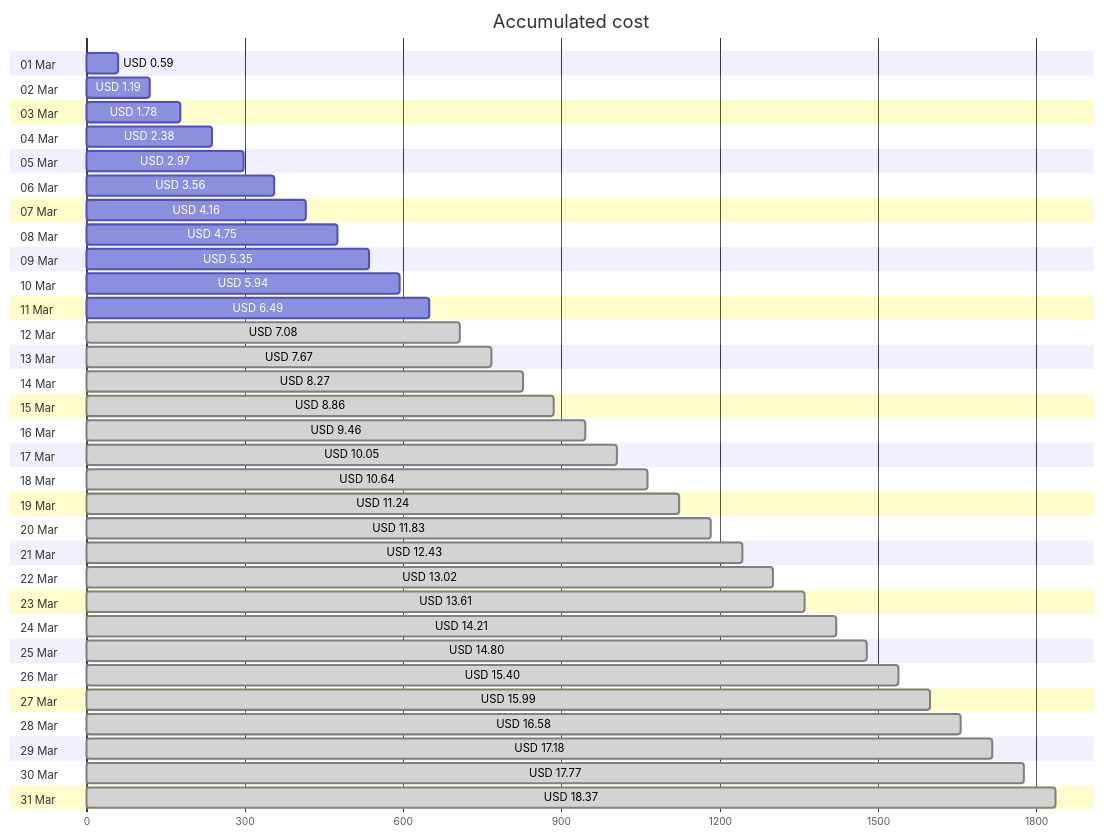
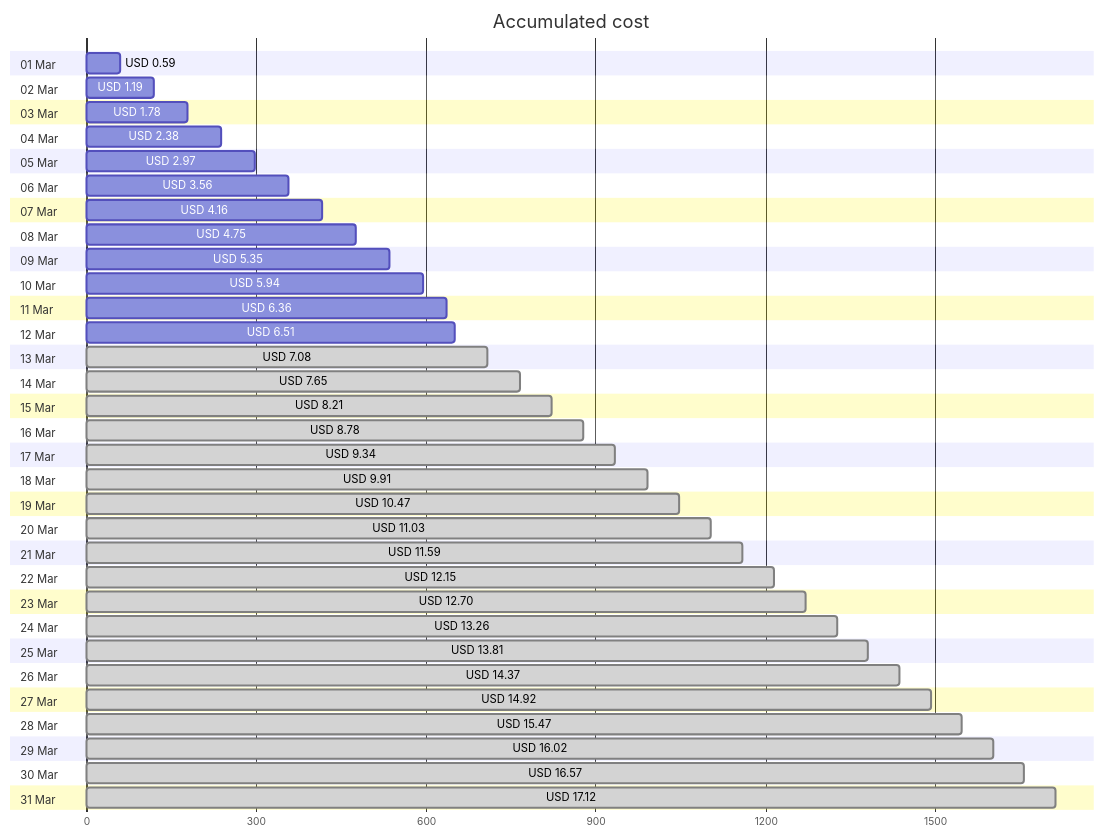
One commit to jpfulton/azure-personal-reports changed the first of 4 diagrams in cost-reports/personal-site/README.md. Above: the diagram before and after it, drawn with Mermaid. The commit also changed other lines of this file and 6 other files, not shown here.

````diff
--- a/cost-reports/personal-site/README.md
+++ b/cost-reports/personal-site/README.md
@@ -20,68 +20,68 @@
 ```mermaid
 gantt
    title Accumulated cost
    dateFormat  X
    axisFormat %s
    section 01 Mar
    USD 0.59 :0, 59
    section 02 Mar
    USD 1.19 :0, 119
    section 03 Mar
    USD 1.78 :0, 178
    section 04 Mar
    USD 2.38 :0, 238
    section 05 Mar
    USD 2.97 :0, 297
    section 06 Mar
    USD 3.56 :0, 356
    section 07 Mar
    USD 4.16 :0, 416
    section 08 Mar
    USD 4.75 :0, 475
    section 09 Mar
    USD 5.35 :0, 535
    section 10 Mar
    USD 5.94 :0, 594
    section 11 Mar
-   USD 6.49 :0, 649
+   USD 6.36 :0, 636
    section 12 Mar
+   USD 6.51 :0, 651
+   section 13 Mar
    USD 7.08 : done, 0, 708
-   section 13 Mar
-   USD 7.67 : done, 0, 767
    section 14 Mar
-   USD 8.27 : done, 0, 827
+   USD 7.65 : done, 0, 765
    section 15 Mar
-   USD 8.86 : done, 0, 886
+   USD 8.21 : done, 0, 821
    section 16 Mar
-   USD 9.46 : done, 0, 946
+   USD 8.78 : done, 0, 878
    section 17 Mar
-   USD 10.05 : done, 0, 1005
+   USD 9.34 : done, 0, 934
    section 18 Mar
-   USD 10.64 : done, 0, 1064
+   USD 9.91 : done, 0, 991
    section 19 Mar
-   USD 11.24 : done, 0, 1124
+   USD 10.47 : done, 0, 1047
    section 20 Mar
-   USD 11.83 : done, 0, 1183
+   USD 11.03 : done, 0, 1103
    section 21 Mar
-   USD 12.43 : done, 0, 1243
+   USD 11.59 : done, 0, 1159
    section 22 Mar
-   USD 13.02 : done, 0, 1302
+   USD 12.15 : done, 0, 1215
    section 23 Mar
-   USD 13.61 : done, 0, 1361
+   USD 12.70 : done, 0, 1270
    section 24 Mar
-   USD 14.21 : done, 0, 1421
+   USD 13.26 : done, 0, 1326
    section 25 Mar
-   USD 14.80 : done, 0, 1480
+   USD 13.81 : done, 0, 1381
    section 26 Mar
-   USD 15.40 : done, 0, 1540
+   USD 14.37 : done, 0, 1437
    section 27 Mar
-   USD 15.99 : done, 0, 1599
+   USD 14.92 : done, 0, 1492
    section 28 Mar
-   USD 16.58 : done, 0, 1658
+   USD 15.47 : done, 0, 1547
    section 29 Mar
-   USD 17.18 : done, 0, 1718
+   USD 16.02 : done, 0, 1602
    section 30 Mar
-   USD 17.77 : done, 0, 1777
+   USD 16.57 : done, 0, 1657
    section 31 Mar
-   USD 18.37 : done, 0, 1837
+   USD 17.12 : done, 0, 1712
 ```
````
